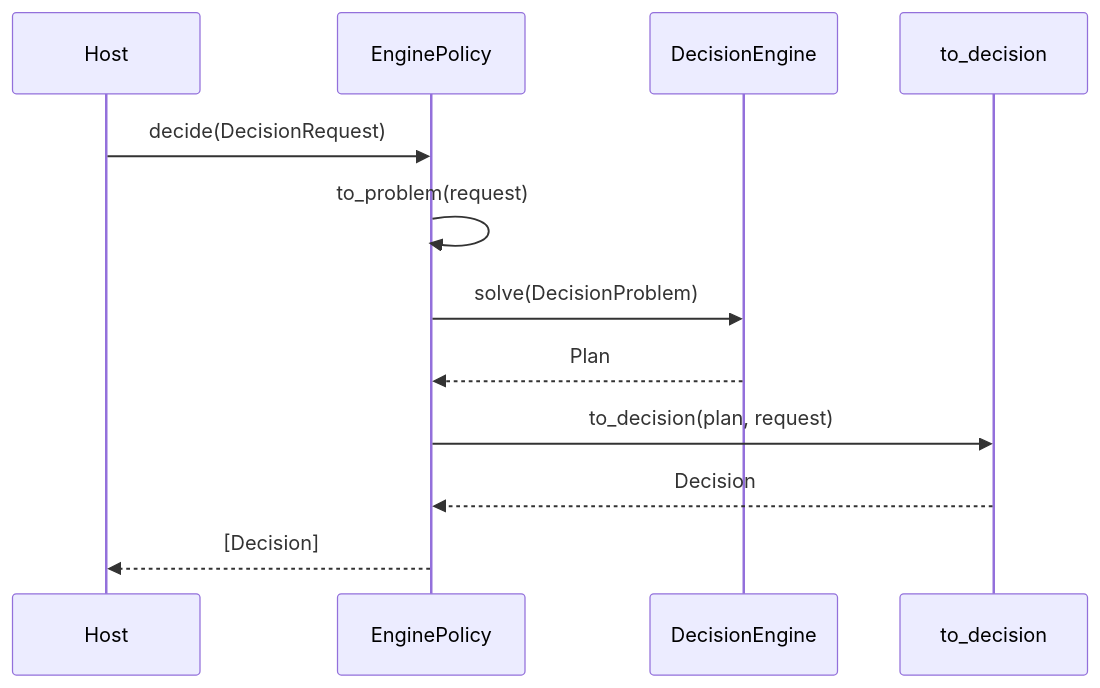
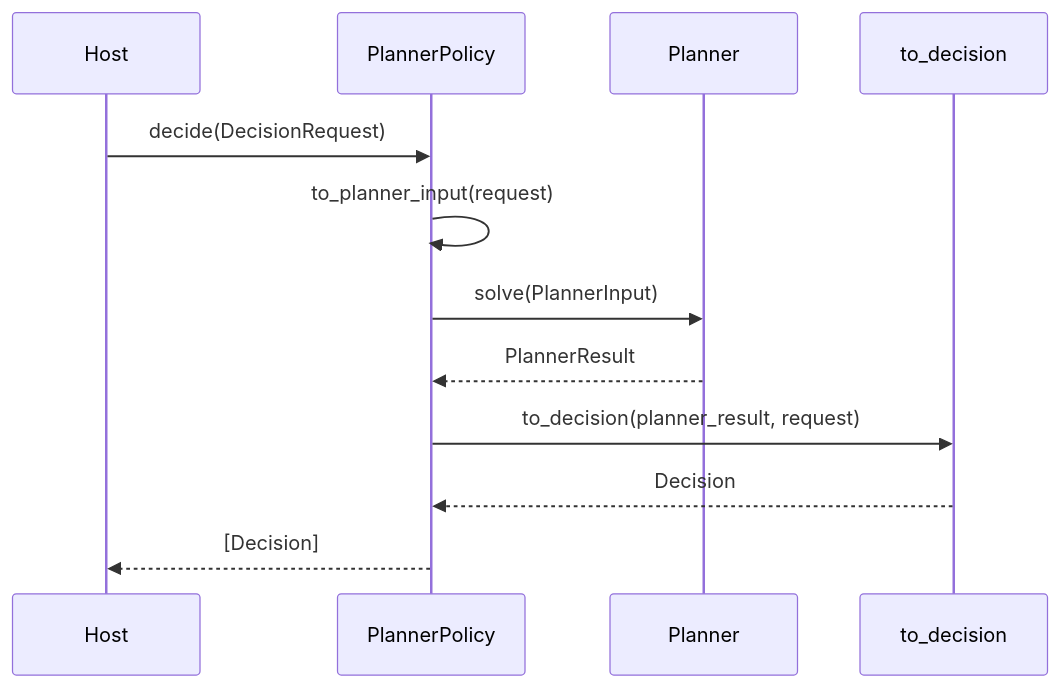
Before and after one commit to michaelatamuk/laix: the diagram in docs/02-core/03-planning/01-planner-contract.md, drawn with Mermaid. The commit also changed other lines of this file and 339 other files, not shown here.

First line of the commit message:
refactor: align the planner, policy and attention vocabulary

````diff
--- a/docs/02-core/03-planning/01-planner-contract.md
+++ b/docs/02-core/03-planning/01-planner-contract.md
@@ -92,14 +92,14 @@
 ```mermaid
 sequenceDiagram
     participant Host
-    participant Policy as EnginePolicy
-    participant Engine as DecisionEngine
+    participant DecisionPolicy as PlannerPolicy
+    participant CompositePlanner as Planner
     participant Convert as to_decision
-    Host->>Policy: decide(DecisionRequest)
-    Policy->>Policy: to_problem(request)
-    Policy->>Engine: solve(DecisionProblem)
-    Engine-->>Policy: Plan
-    Policy->>Convert: to_decision(plan, request)
-    Convert-->>Policy: Decision
-    Policy-->>Host: [Decision]
+    Host->>DecisionPolicy: decide(DecisionRequest)
+    DecisionPolicy->>DecisionPolicy: to_planner_input(request)
+    DecisionPolicy->>CompositePlanner: solve(PlannerInput)
+    CompositePlanner-->>DecisionPolicy: PlannerResult
+    DecisionPolicy->>Convert: to_decision(planner_result, request)
+    Convert-->>DecisionPolicy: Decision
+    DecisionPolicy-->>Host: [Decision]
 ```
````
